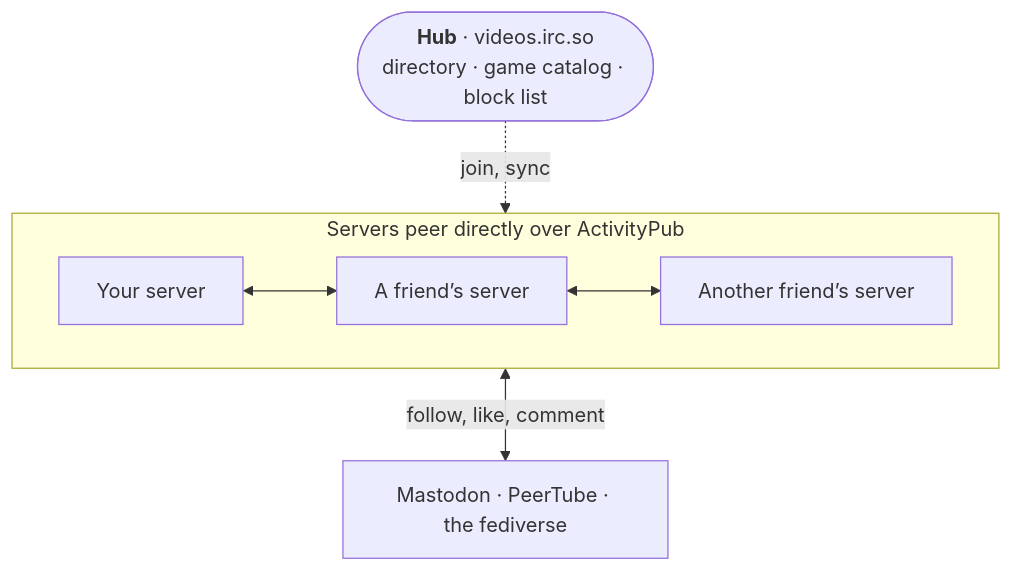
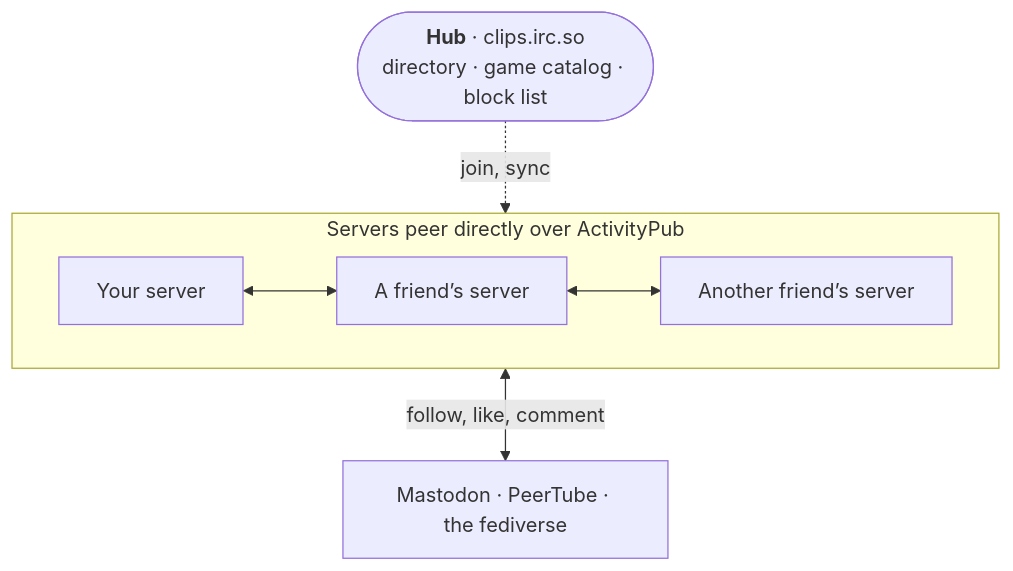
The diagram in README.md (JawshTheDark/cliptube), drawn with Mermaid before and after one commit. The commit also changed other lines of this file and 18 other files, not shown here.

````diff
--- a/README.md
+++ b/README.md
@@ -186,12 +186,12 @@
 ```mermaid
 flowchart TB
-    hub(["<b>Hub</b> · videos.irc.so<br/>directory · game catalog · block list"])
+    hub(["<b>Hub</b> · clips.irc.so<br/>directory · game catalog · block list"])
     subgraph net ["Servers peer directly over ActivityPub"]
         direction LR
         you["Your server"] <--> f1["A friend’s server"] <--> f2["Another friend’s server"]
     end
     fedi["Mastodon · PeerTube · the fediverse"]
 
     hub -.->|join, sync| net
     net <-->|follow, like, comment| fedi
 ```
````
